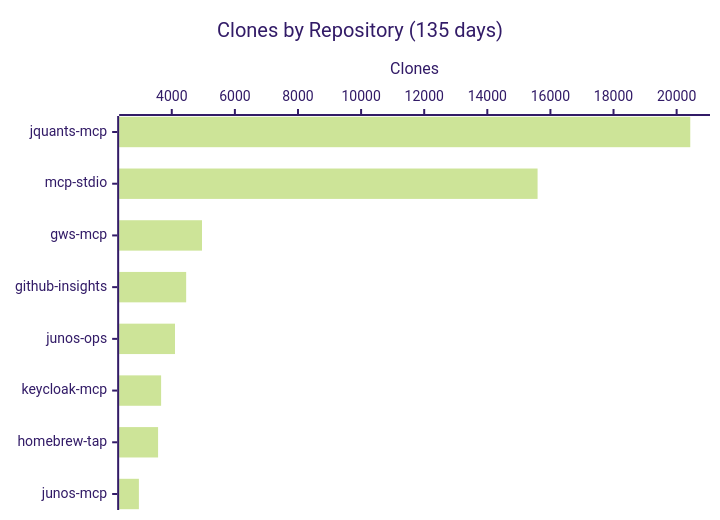
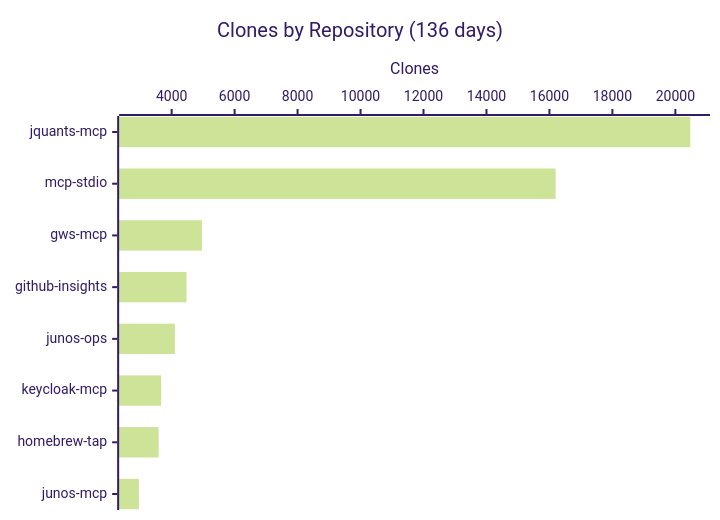
One commit to shigechika/github-insights changed the fourth of 4 diagrams in README.md. Above: the diagram before and after it, drawn with Mermaid (forest theme). The commit also changed other lines of this file and 2 other files, not shown here.

````diff
--- a/README.md
+++ b/README.md
@@ -58,7 +58,7 @@
 ```mermaid
 xychart-beta horizontal
-    title "Clones by Repository (135 days)"
+    title "Clones by Repository (136 days)"
     x-axis ["jquants-mcp", "mcp-stdio", "gws-mcp", "github-insights", "junos-ops", "keycloak-mcp", "homebrew-tap", "junos-mcp"]
     y-axis "Clones"
-    bar [20432, 15593, 4958, 4456, 4102, 3662, 3566, 2958]
+    bar [20473, 16197, 4962, 4473, 4104, 3667, 3588, 2960]
 ```
````
